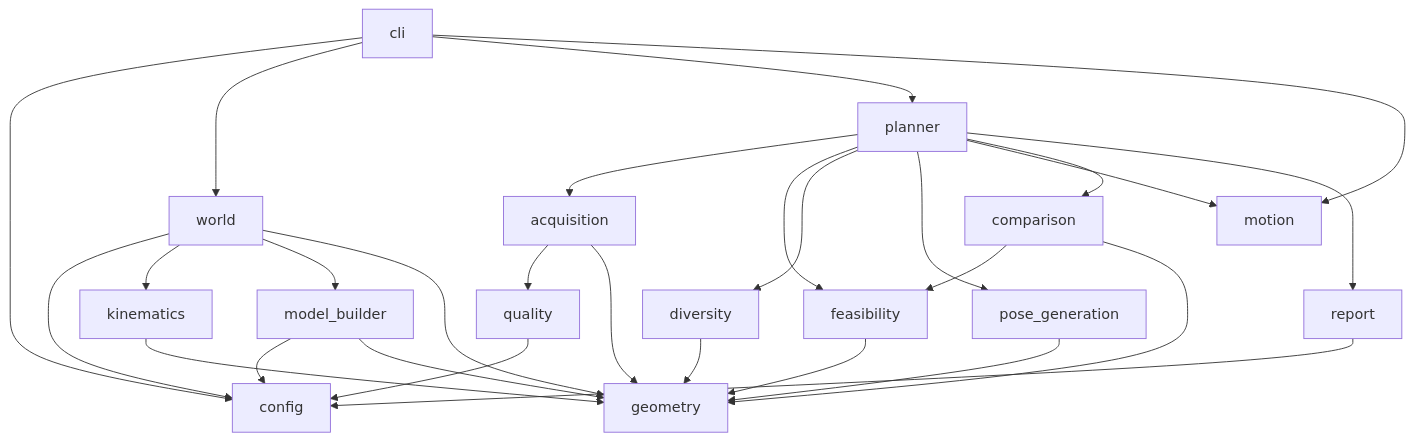
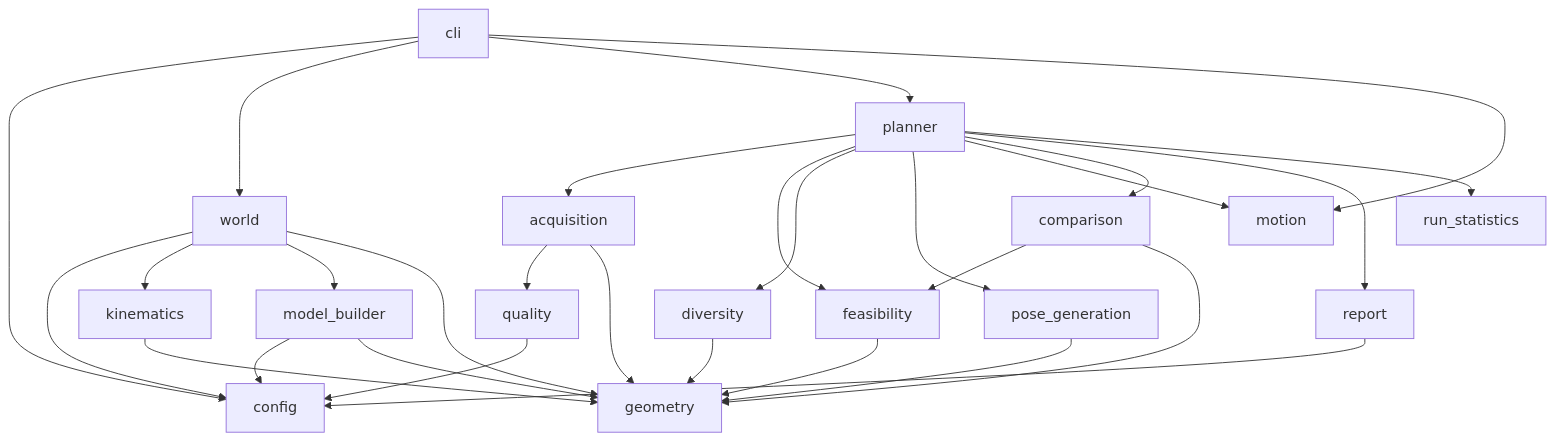
The first of 2 diagrams in docs/simulation_architecture.md (weimin77/viewpoint_sim), drawn with Mermaid before and after one commit. The commit also changed other lines of this file and 4 other files, not shown here.

````diff
--- a/docs/simulation_architecture.md
+++ b/docs/simulation_architecture.md
@@ -60,33 +61,34 @@
 ```mermaid
 graph TD
     cli[cli] --> config[config]
     cli --> world[world]
     cli --> planner[planner]
     cli --> motion[motion]
 
     planner --> acquisition[acquisition]
     planner --> feasibility[feasibility]
     planner --> diversity[diversity]
     planner --> pose_generation[pose_generation]
     planner --> motion
     planner --> comparison[comparison]
     planner --> report[report]
+    planner --> run_statistics[run_statistics]
 
     acquisition --> quality[quality]
     acquisition --> geometry[geometry]
     feasibility --> geometry
     pose_generation --> geometry
     diversity --> geometry
     quality --> config
     comparison --> feasibility
     comparison --> geometry
 
     world --> config
     world --> kinematics[kinematics]
     world --> model_builder[model_builder]
     world --> geometry
     model_builder --> config
     model_builder --> geometry
     kinematics --> geometry
     report --> config
 ```
````
